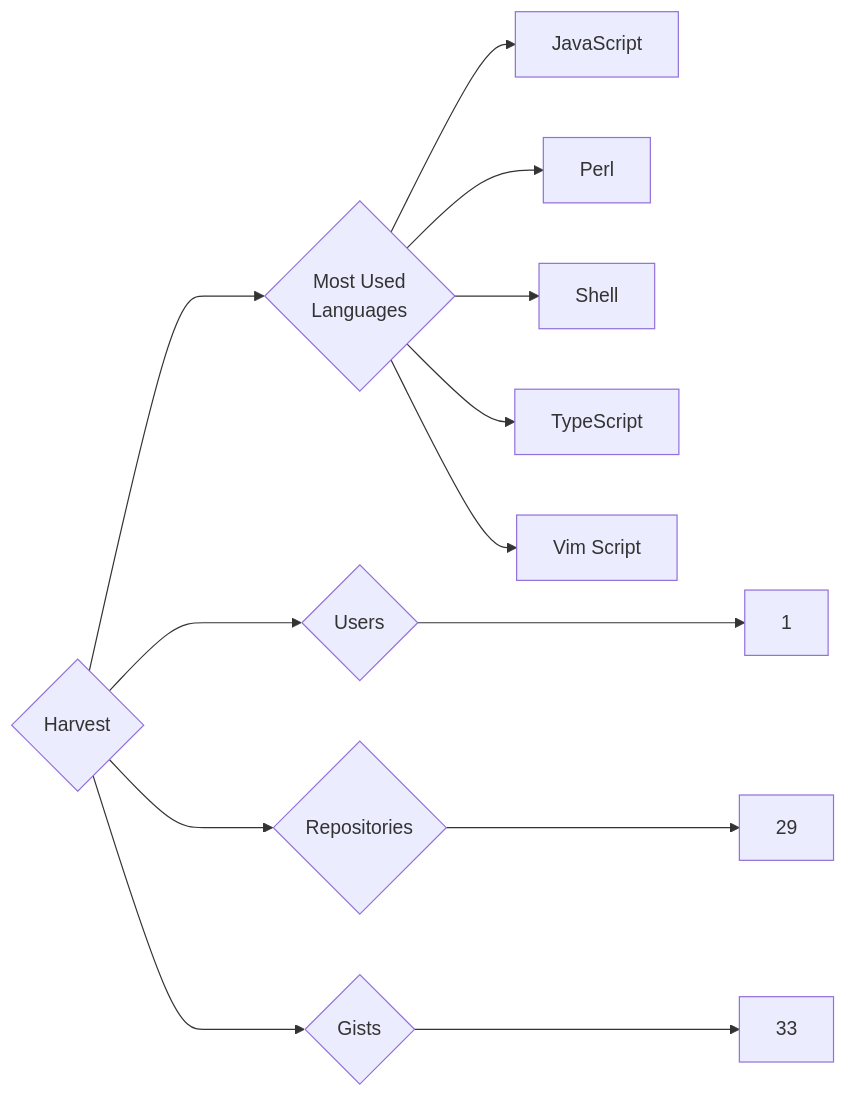
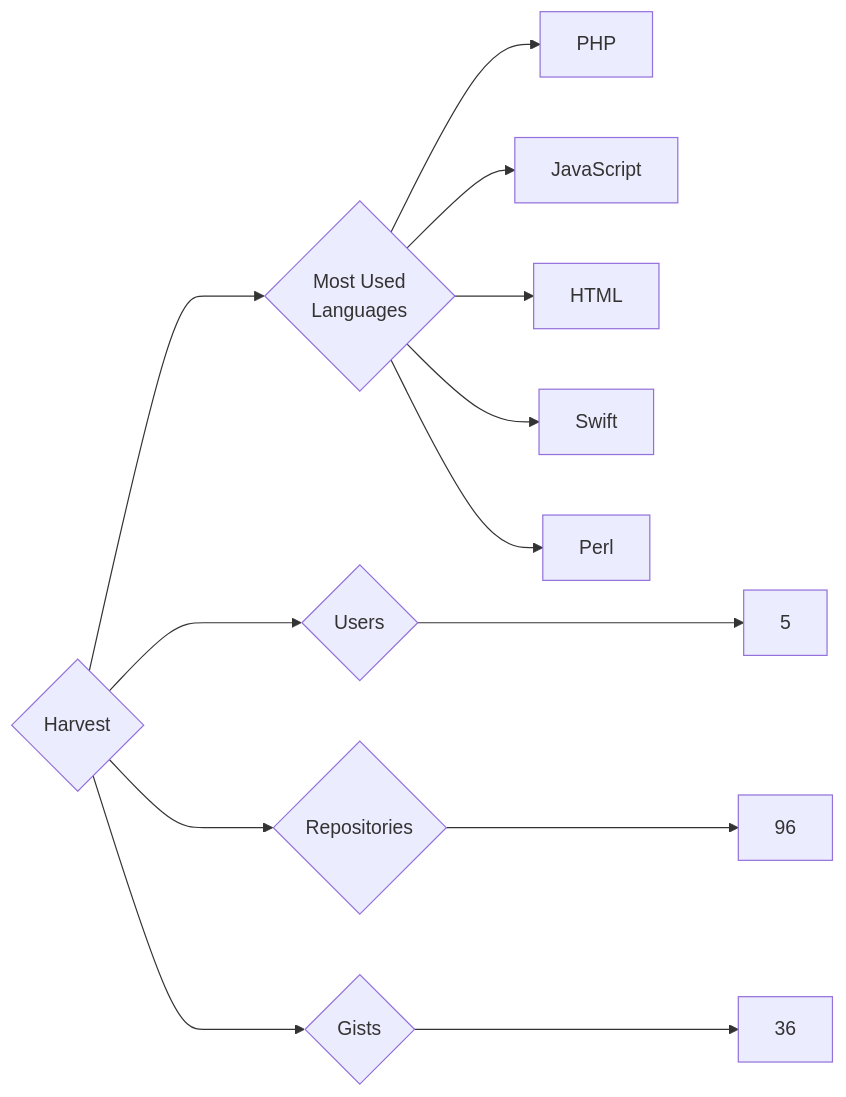
The diagram in targets/Harvest/README.md (trickest/insiders), drawn with Mermaid before and after one commit. The commit also changed 859 other files, not shown here.

````diff
--- a/targets/Harvest/README.md
+++ b/targets/Harvest/README.md
@@ -3,13 +3,13 @@
 ```mermaid
 graph LR
 COMPANY_NAME{Harvest}
-COMPANY_NAME ---> U{Users} ---> UN[1]
-COMPANY_NAME ---> R{Repositories} ---> RN[29]
-COMPANY_NAME ---> G{Gists} ---> GN[33]
+COMPANY_NAME ---> U{Users} ---> UN[5]
+COMPANY_NAME ---> R{Repositories} ---> RN[96]
+COMPANY_NAME ---> G{Gists} ---> GN[36]
 COMPANY_NAME ---> ML{Most Used<br>Languages}
+ML --> PHP[PHP]
 ML --> JavaScript[JavaScript]
+ML --> HTML[HTML]
+ML --> Swift[Swift]
 ML --> Perl[Perl]
-ML --> Shell[Shell]
-ML --> TypeScript[TypeScript]
-ML --> Vim_Script[Vim Script]
 ```
````
